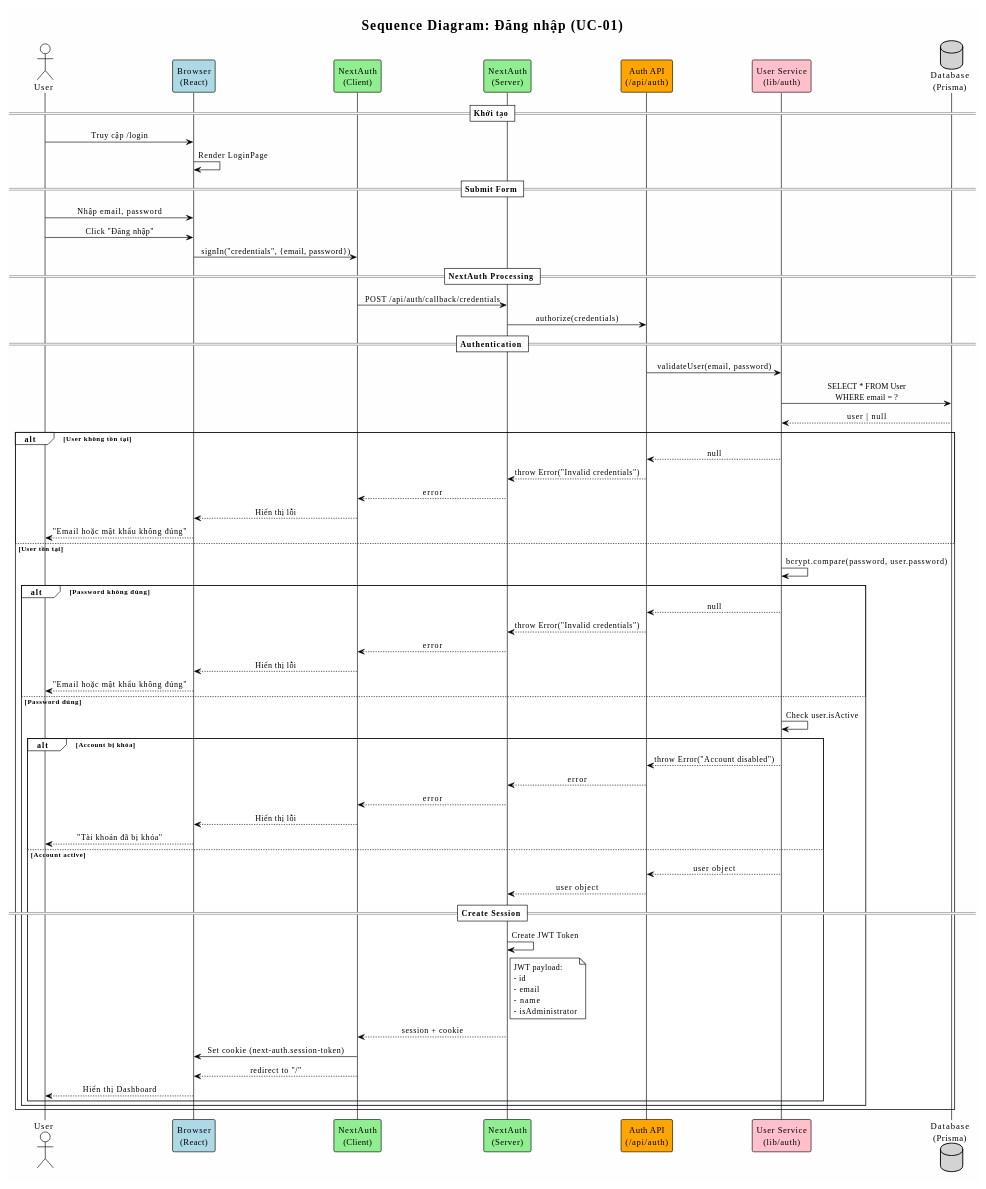
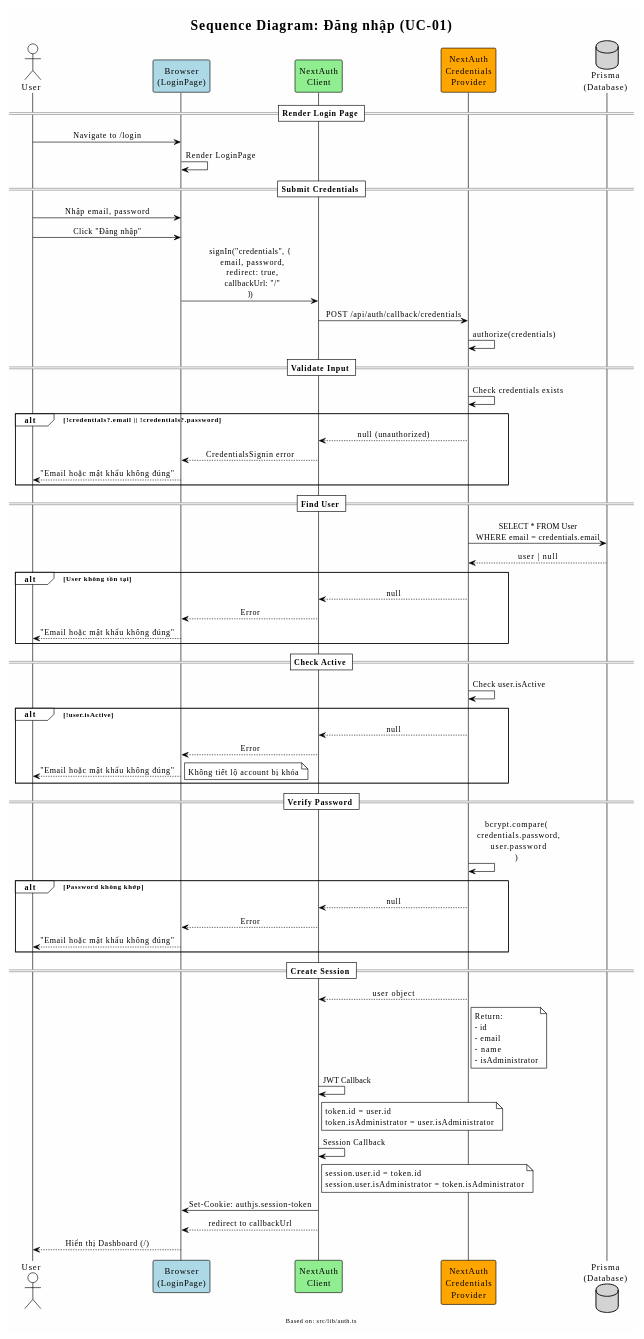
The diagram in docs/sequence_diagram/01-login.md (docuong039/worksphere), drawn with PlantUML before and after one commit. The commit also changed other lines of this file and 44 other files, not shown here.

Commit message:
update diagram trong docs

````diff
--- a/docs/sequence_diagram/01-login.md
+++ b/docs/sequence_diagram/01-login.md
@@ -26,78 +26,88 @@
 skinparam sequenceMessageAlign center
 
 title Sequence Diagram: Đăng nhập (UC-01)
+footer Based on: src/lib/auth.ts
 
 actor "User" as User
-participant "Browser\n(React)" as Browser #LightBlue
-participant "NextAuth\n(Client)" as NextAuthClient #LightGreen
-participant "NextAuth\n(Server)" as NextAuthServer #LightGreen
-participant "Auth API\n(/api/auth)" as AuthAPI #Orange
-participant "User Service\n(lib/auth)" as UserService #Pink
-database "Database\n(Prisma)" as DB #LightGray
+participant "Browser\n(LoginPage)" as Browser #LightBlue
+participant "NextAuth\nClient" as NextAuthClient #LightGreen
+participant "NextAuth\nCredentials\nProvider" as AuthProvider #Orange
+database "Prisma\n(Database)" as DB #LightGray
 
-== Khởi tạo ==
-User -> Browser: Truy cập /login
+== Render Login Page ==
+User -> Browser: Navigate to /login
 Browser -> Browser: Render LoginPage
 
-== Submit Form ==
+== Submit Credentials ==
 User -> Browser: Nhập email, password
 User -> Browser: Click "Đăng nhập"
-Browser -> NextAuthClient: signIn("credentials", {email, password})
 
-== NextAuth Processing ==
-NextAuthClient -> NextAuthServer: POST /api/auth/callback/credentials
-NextAuthServer -> AuthAPI: authorize(credentials)
+Browser -> NextAuthClient: signIn("credentials", {\n  email, password,\n  redirect: true,\n  callbackUrl: "/"\n})
 
-== Authentication ==
-AuthAPI -> UserService: validateUser(email, password)
-UserService -> DB: SELECT * FROM User\nWHERE email = ?
-DB --> UserService: user | null
+NextAuthClient -> AuthProvider: POST /api/auth/callback/credentials
+AuthProvider -> AuthProvider: authorize(credentials)
+
+== Validate Input ==
+AuthProvider -> AuthProvider: Check credentials exists
+alt !credentials?.email || !credentials?.password
+    AuthProvider --> NextAuthClient: null (unauthorized)
+    NextAuthClient --> Browser: CredentialsSignin error
+    Browser --> User: "Email hoặc mật khẩu không đúng"
+end
+
+== Find User ==
+AuthProvider -> DB: SELECT * FROM User\nWHERE email = credentials.email
+DB --> AuthProvider: user | null
 
 alt User không tồn tại
-    UserService --> AuthAPI: null
-    AuthAPI --> NextAuthServer: throw Error("Invalid credentials")
-    NextAuthServer --> NextAuthClient: error
-    NextAuthClient --> Browser: Hiển thị lỗi
+    AuthProvider --> NextAuthClient: null
+    NextAuthClient --> Browser: Error
     Browser --> User: "Email hoặc mật khẩu không đúng"
-else User tồn tại
-    UserService -> UserService: bcrypt.compare(password, user.password)
-    
-    alt Password không đúng
-        UserService --> AuthAPI: null
-        AuthAPI --> NextAuthServer: throw Error("Invalid credentials")
-        NextAuthServer --> NextAuthClient: error
-        NextAuthClient --> Browser: Hiển thị lỗi
-        Browser --> User: "Email hoặc mật khẩu không đúng"
-    else Password đúng
-        UserService -> UserService: Check user.isActive
-        
-        alt Account bị khóa
-            UserService --> AuthAPI: throw Error("Account disabled")
-            AuthAPI --> NextAuthServer: error
-            NextAuthServer --> NextAuthClient: error
-            NextAuthClient --> Browser: Hiển thị lỗi
-            Browser --> User: "Tài khoản đã bị khóa"
-        else Account active
-            UserService --> AuthAPI: user object
-            AuthAPI --> NextAuthServer: user object
-            
-            == Create Session ==
-            NextAuthServer -> NextAuthServer: Create JWT Token
-            note right of NextAuthServer
-                JWT payload:
-                - id
-                - email
-                - name
-                - isAdministrator
-            end note
-            
-            NextAuthServer --> NextAuthClient: session + cookie
-            NextAuthClient -> Browser: Set cookie (next-auth.session-token)
-            NextAuthClient --> Browser: redirect to "/"
-            Browser --> User: Hiển thị Dashboard
-        end
-    end
 end
+
+== Check Active ==
+AuthProvider -> AuthProvider: Check user.isActive
+alt !user.isActive
+    AuthProvider --> NextAuthClient: null
+    NextAuthClient --> Browser: Error
+    Browser --> User: "Email hoặc mật khẩu không đúng"
+    note right: Không tiết lộ account bị khóa
+end
+
+== Verify Password ==
+AuthProvider -> AuthProvider: bcrypt.compare(\n  credentials.password,\n  user.password\n)
+alt Password không khớp
+    AuthProvider --> NextAuthClient: null
+    NextAuthClient --> Browser: Error
+    Browser --> User: "Email hoặc mật khẩu không đúng"
+end
+
+== Create Session ==
+AuthProvider --> NextAuthClient: user object
+note right of AuthProvider
+  Return:
+  - id
+  - email
+  - name
+  - isAdministrator
+end note
+
+NextAuthClient -> NextAuthClient: JWT Callback
+note right of NextAuthClient
+  token.id = user.id
+  token.isAdministrator = user.isAdministrator
+end note
+
+NextAuthClient -> NextAuthClient: Session Callback
+note right of NextAuthClient
+  session.user.id = token.id
+  session.user.isAdministrator = token.isAdministrator
+end note
+
+NextAuthClient -> Browser: Set-Cookie: authjs.session-token
+NextAuthClient --> Browser: redirect to callbackUrl
+
+Browser --> User: Hiển thị Dashboard (/)
 
 @enduml
 ```
````
